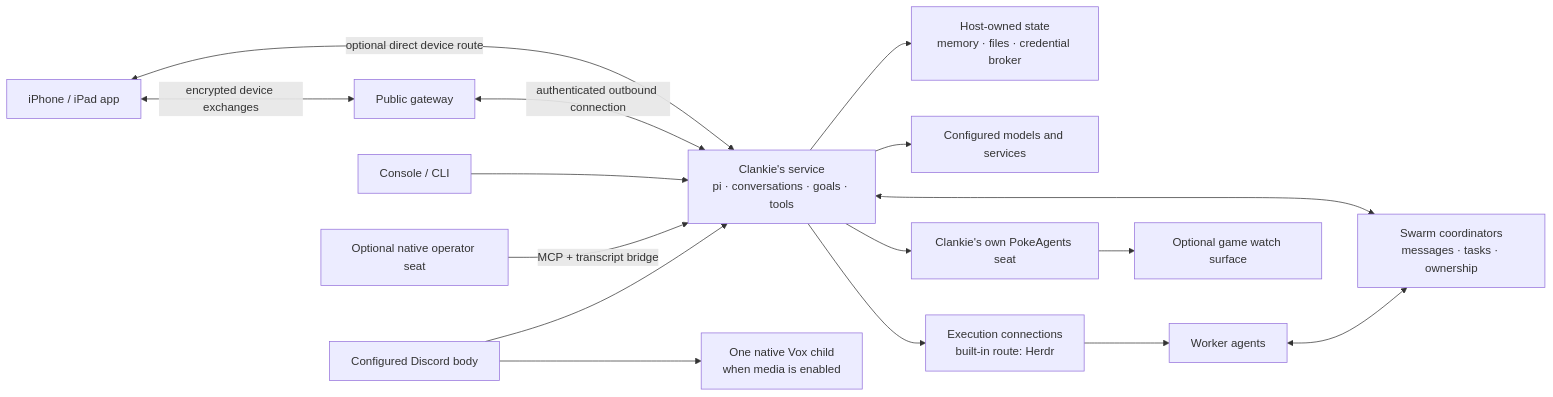
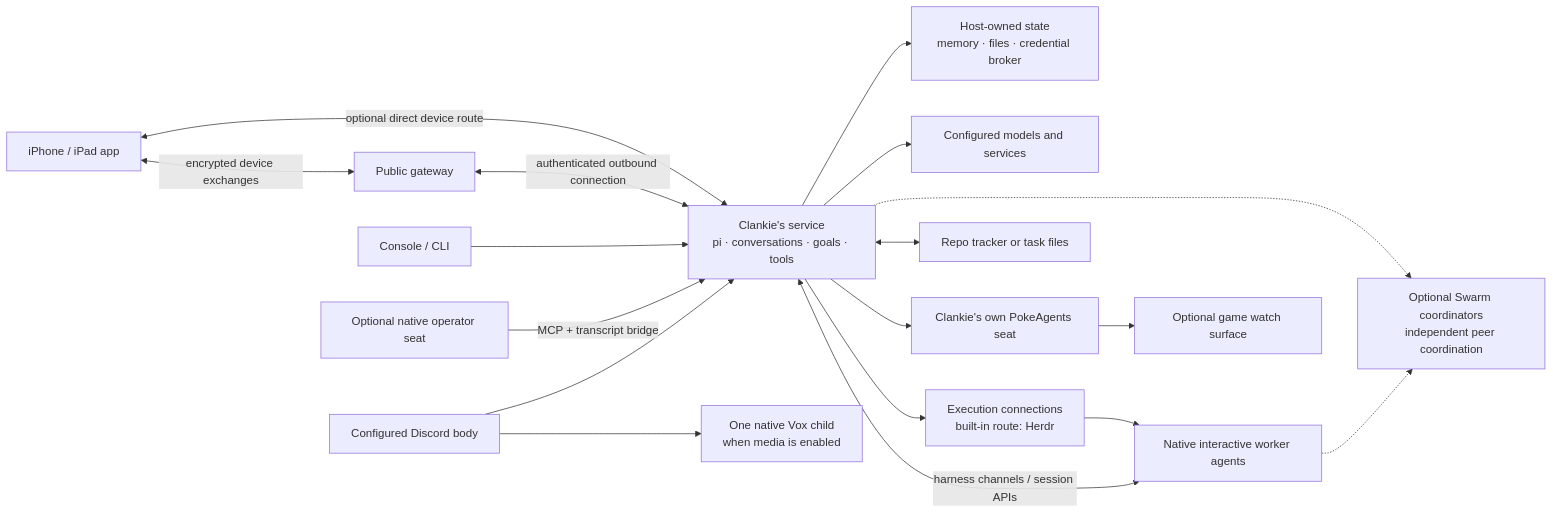
Before and after one commit to Volpestyle/clankie: the diagram in docs/architecture.md, drawn with Mermaid. The commit also changed other lines of this file and 72 other files, not shown here.

First line of the commit message:
Use native agent delivery and make Swarm optional

````diff
--- a/docs/architecture.md
+++ b/docs/architecture.md
@@ -14,18 +14,20 @@
 ```mermaid
 flowchart LR
   App["iPhone / iPad app"] <-->|"encrypted device exchanges"| Gateway["Public gateway"]
   App <-->|"optional direct device route"| Service
   Gateway <-->|"authenticated outbound connection"| Service["Clankie's service<br/>pi · conversations · goals · tools"]
   Console["Console / CLI"] --> Service
   Native["Optional native operator seat"] -->|"MCP + transcript bridge"| Service
   Discord["Configured Discord body"] --> Service
   Service --> State["Host-owned state<br/>memory · files · credential broker"]
   Service --> Models["Configured models and services"]
-  Service <--> Swarm["Swarm coordinators<br/>messages · tasks · ownership"]
+  Service -.-> Swarm["Optional Swarm coordinators<br/>independent peer coordination"]
   Service --> Runtime["Execution connections<br/>built-in route: Herdr"]
-  Runtime --> Workers["Worker agents"]
-  Workers <--> Swarm
+  Runtime --> Workers["Native interactive worker agents"]
+  Service <-->|"harness channels / session APIs"| Workers
+  Workers -.-> Swarm
+  Service <--> Work["Repo tracker or task files"]
   Service --> World["Clankie's own PokeAgents seat"]
   World --> Viewer["Optional game watch surface"]
   Discord --> Vox["One native Vox child<br/>when media is enabled"]
 ```
````
